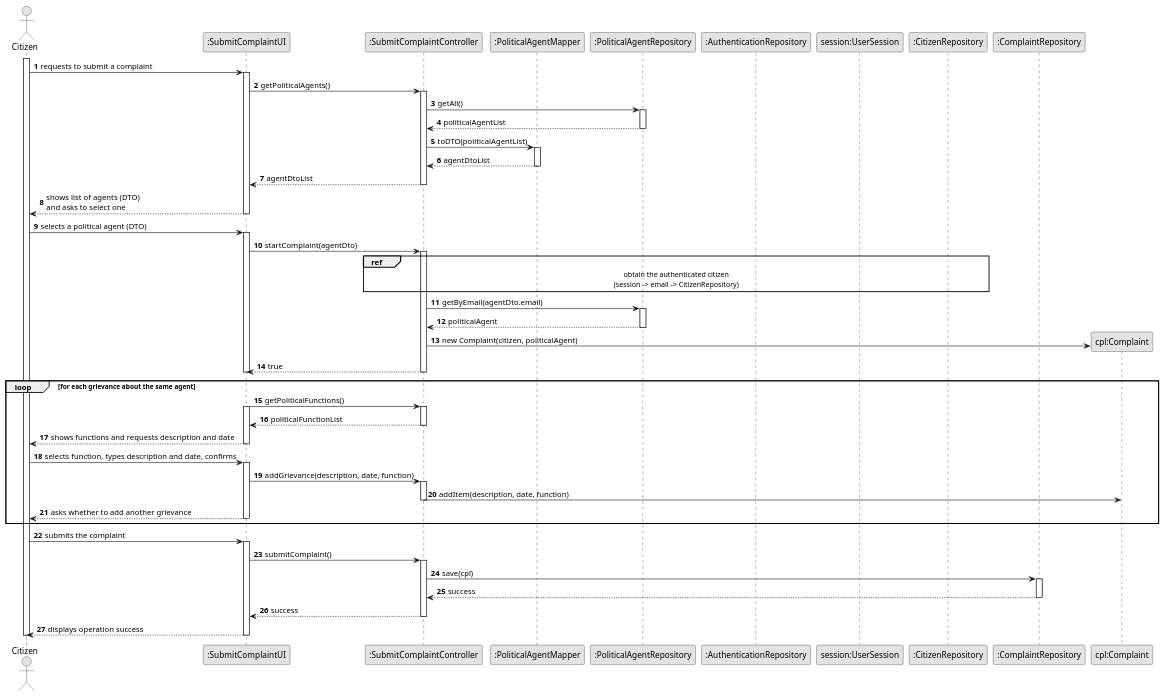
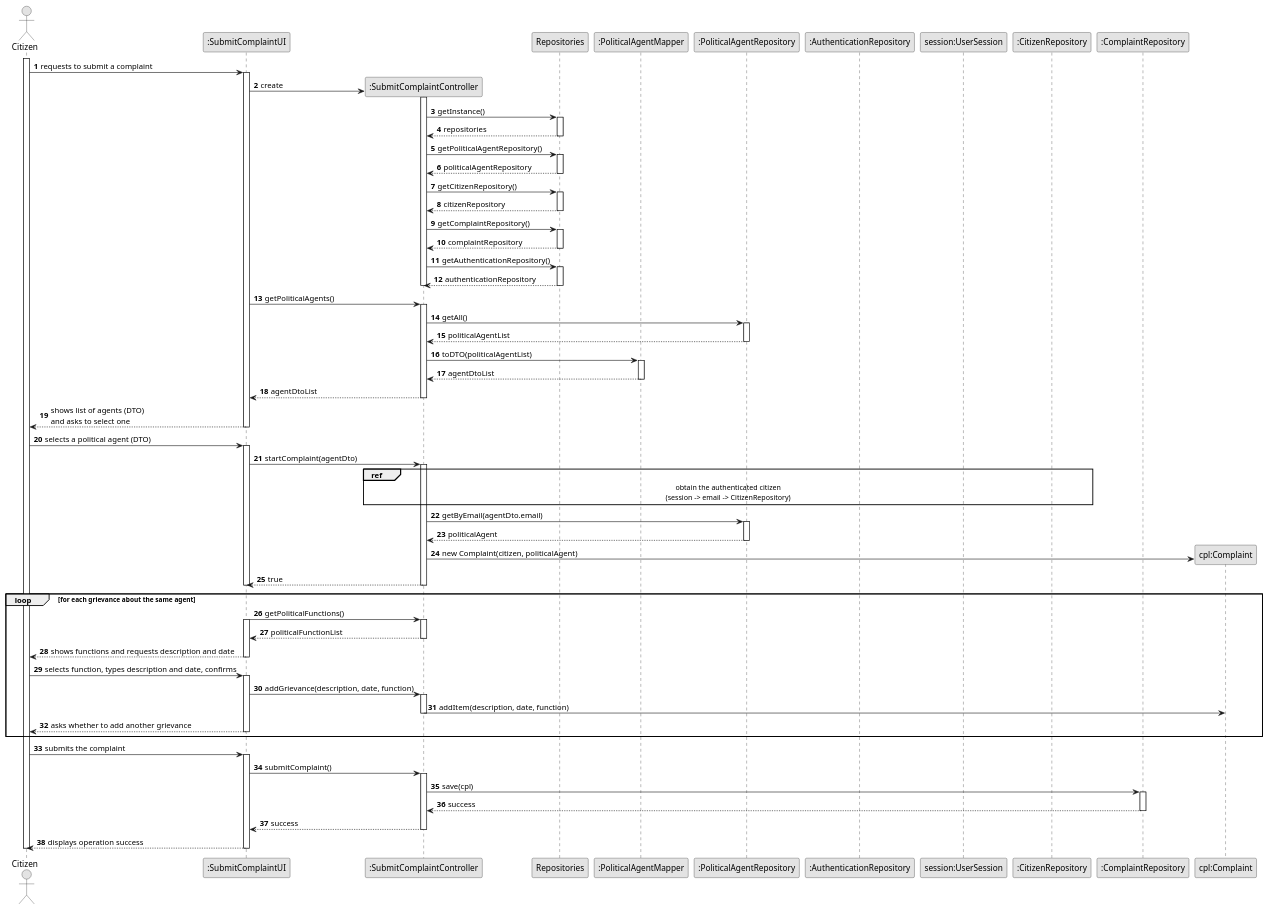
One commit to brunodspinto/crystal-clear-platform changed the diagram in docs/system-documentation/US12/03.design/puml/US12-SD.puml. Above: the diagram before and after it, drawn with PlantUML. The commit also changed 2 other files, not shown here.

```diff
--- a/docs/system-documentation/US12/03.design/puml/US12-SD.puml
+++ b/docs/system-documentation/US12/03.design/puml/US12-SD.puml
@@ -1,92 +1,117 @@
 @startuml US12-SD
 skinparam monochrome true
 skinparam packageStyle rectangle
 skinparam shadowing false
 
 autonumber
 
 actor "Citizen" as C
 participant ":SubmitComplaintUI" as UI
 participant ":SubmitComplaintController" as CTRL
+participant "Repositories" as REPOS
 participant ":PoliticalAgentMapper" as PAM
 participant ":PoliticalAgentRepository" as PAR
 participant ":AuthenticationRepository" as AR
 participant "session:UserSession" as SESS
 participant ":CitizenRepository" as CitR
 participant ":ComplaintRepository" as CR
 participant "cpl:Complaint" as CPL
 
 activate C
 
     C -> UI : requests to submit a complaint
     activate UI
+
+        UI -> CTRL** : create
+        activate CTRL
+            CTRL -> REPOS : getInstance()
+            activate REPOS
+                REPOS --> CTRL : repositories
+            deactivate REPOS
+            CTRL -> REPOS : getPoliticalAgentRepository()
+            activate REPOS
+                REPOS --> CTRL : politicalAgentRepository
+            deactivate REPOS
+            CTRL -> REPOS : getCitizenRepository()
+            activate REPOS
+                REPOS --> CTRL : citizenRepository
+            deactivate REPOS
+            CTRL -> REPOS : getComplaintRepository()
+            activate REPOS
+                REPOS --> CTRL : complaintRepository
+            deactivate REPOS
+            CTRL -> REPOS : getAuthenticationRepository()
+            activate REPOS
+                REPOS --> CTRL : authenticationRepository
+            deactivate REPOS
+        deactivate CTRL
 
         UI -> CTRL : getPoliticalAgents()
         activate CTRL
             CTRL -> PAR : getAll()
             activate PAR
                 PAR --> CTRL : politicalAgentList
             deactivate PAR
             CTRL -> PAM : toDTO(politicalAgentList)
             activate PAM
                 PAM --> CTRL : agentDtoList
             deactivate PAM
             CTRL --> UI : agentDtoList
         deactivate CTRL
 
         UI --> C : shows list of agents (DTO)\nand asks to select one
     deactivate UI
 
     C -> UI : selects a political agent (DTO)
     activate UI
 
         UI -> CTRL : startComplaint(agentDto)
         activate CTRL
             ref over CTRL, AR, SESS, CitR
                 obtain the authenticated citizen
                 (session -> email -> CitizenRepository)
             end ref
             CTRL -> PAR : getByEmail(agentDto.email)
             activate PAR
                 PAR --> CTRL : politicalAgent
             deactivate PAR
             CTRL -> CPL ** : new Complaint(citizen, politicalAgent)
             CTRL --> UI : true
         deactivate CTRL
     deactivate UI
 
     loop for each grievance about the same agent
         UI -> CTRL : getPoliticalFunctions()
         activate UI
         activate CTRL
             CTRL --> UI : politicalFunctionList
         deactivate CTRL
         UI --> C : shows functions and requests description and date
         deactivate UI
 
         C -> UI : selects function, types description and date, confirms
         activate UI
             UI -> CTRL : addGrievance(description, date, function)
             activate CTRL
                 CTRL -> CPL : addItem(description, date, function)
             deactivate CTRL
             UI --> C : asks whether to add another grievance
         deactivate UI
     end
 
     C -> UI : submits the complaint
     activate UI
         UI -> CTRL : submitComplaint()
         activate CTRL
             CTRL -> CR : save(cpl)
             activate CR
                 CR --> CTRL : success
             deactivate CR
             CTRL --> UI : success
         deactivate CTRL
         UI --> C : displays operation success
     deactivate UI
 
 deactivate C
 
 @enduml
```
